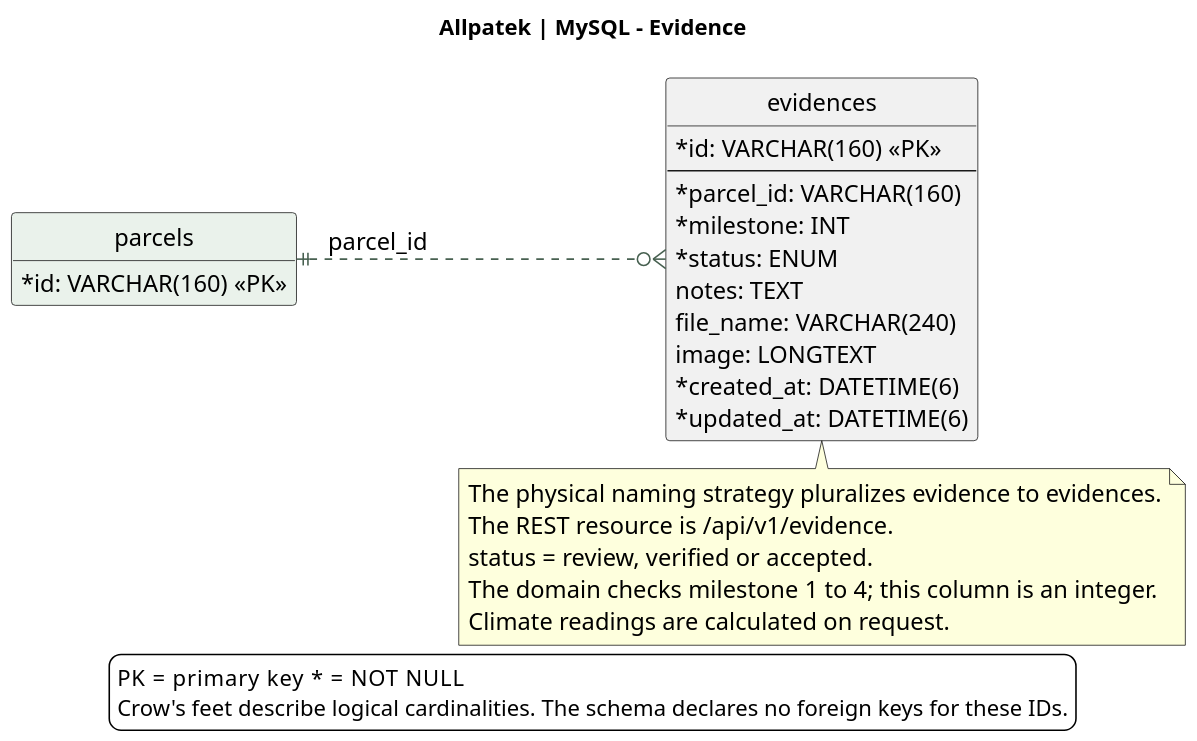
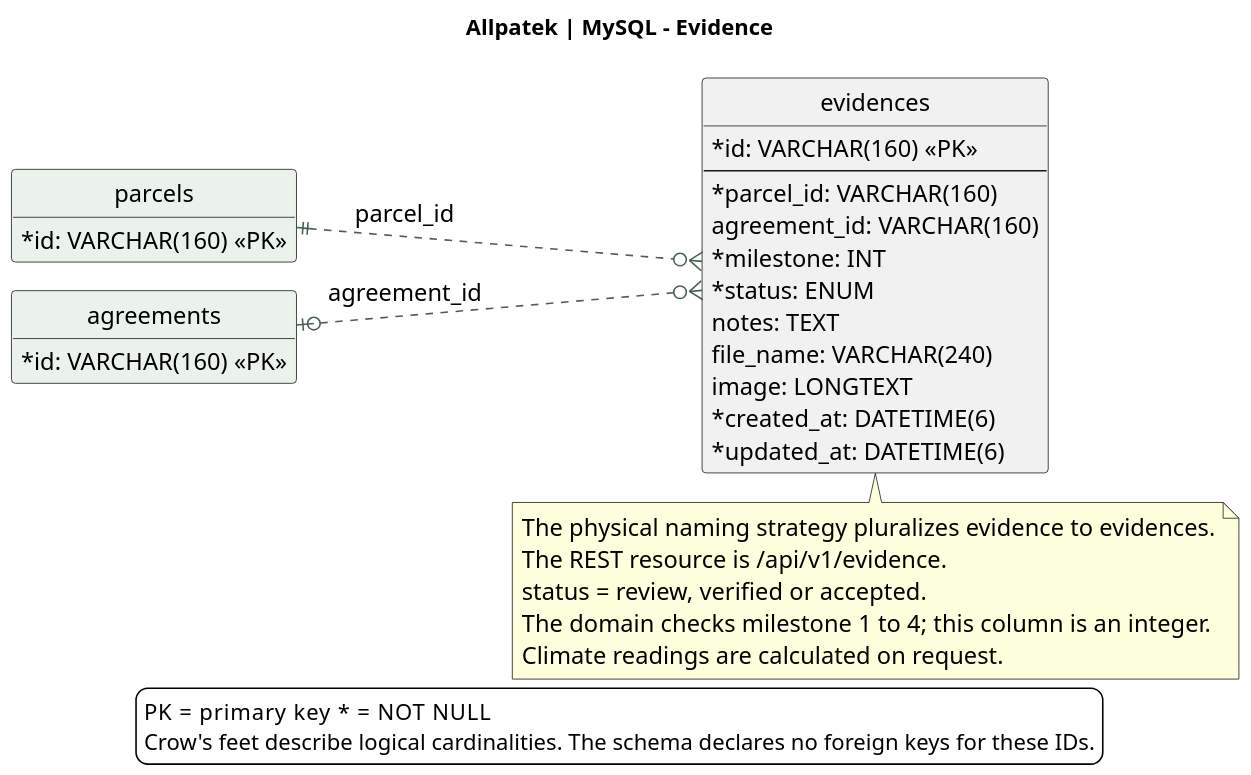
One commit to upc-pre-202620-1asi0729-7753-Terranova/allpatek-report changed the diagram in assets/chapter-04/architecture/17-database-monitoring.puml. Above: the diagram before and after it, drawn with PlantUML. The commit also changed 3 other files, not shown here.

Commit message:
docs(database): map the optional agreement reference on evidence

```diff
--- a/assets/chapter-04/architecture/17-database-monitoring.puml
+++ b/assets/chapter-04/architecture/17-database-monitoring.puml
@@ -1,41 +1,46 @@
 @startuml
 !pragma layout smetana
 skinparam backgroundColor white
 skinparam defaultFontName SansSerif
 skinparam defaultFontSize 15
 skinparam shadowing false
 skinparam classAttributeIconSize 0
 skinparam ArrowColor #476050
 skinparam dpi 140
 hide methods
 hide circle
 title Allpatek | MySQL - Evidence
 left to right direction
 entity "evidences" as evidence {
   {field} * id: VARCHAR(160) <<PK>>
   --
   {field} * parcel_id: VARCHAR(160)
+  {field} agreement_id: VARCHAR(160)
   {field} * milestone: INT
   {field} * status: ENUM
   {field} notes: TEXT
   {field} file_name: VARCHAR(240)
   {field} image: LONGTEXT
   {field} * created_at: DATETIME(6)
   {field} * updated_at: DATETIME(6)
 }
 entity "parcels" as parcel #EAF2EB {
   {field} * id: VARCHAR(160) <<PK>>
 }
+entity "agreements" as agreement #EAF2EB {
+  {field} * id: VARCHAR(160) <<PK>>
+}
 parcel ||..o{ evidence : parcel_id
+agreement |o..o{ evidence : agreement_id
 note bottom of evidence
   The physical naming strategy pluralizes evidence to evidences.
   The REST resource is /api/v1/evidence.
   status = review, verified or accepted.
   The domain checks milestone 1 to 4; this column is an integer.
   Climate readings are calculated on request.
 end note
 legend bottom
 PK = primary key     * = NOT NULL
 Crow's feet describe logical cardinalities. The schema declares no foreign keys for these IDs.
 endlegend
 @enduml
```
